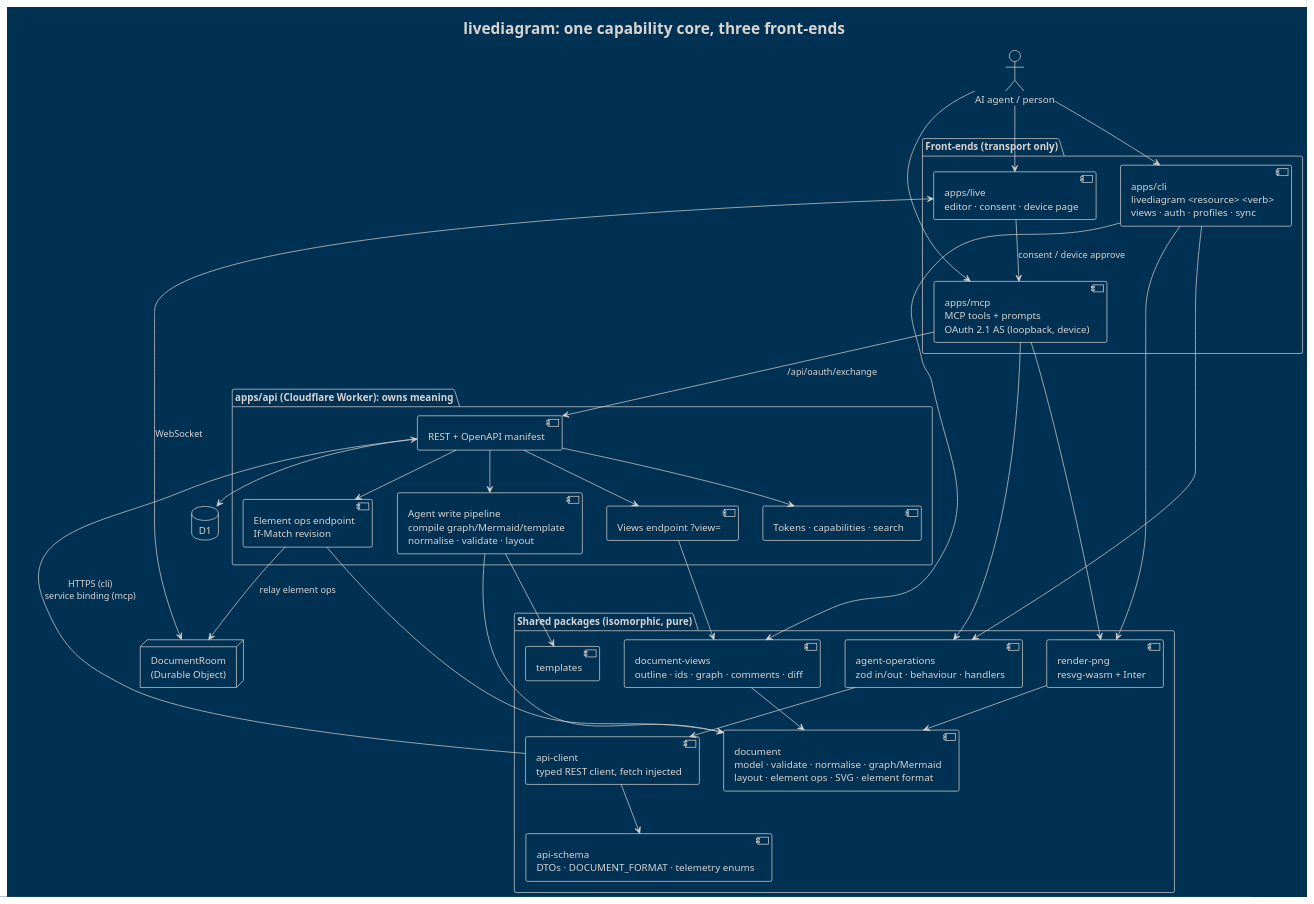
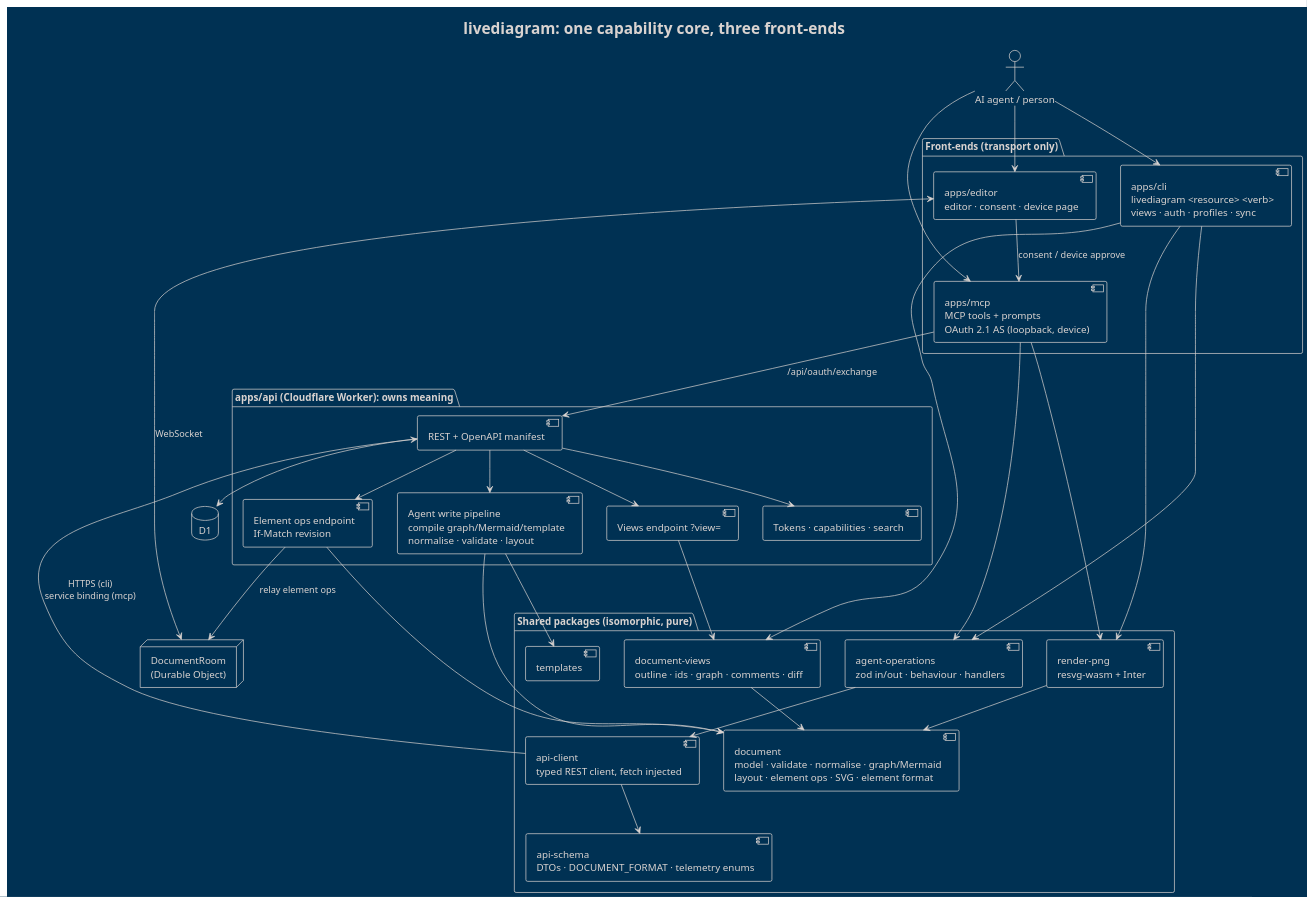
The diagram in livediagram/docs/research/agent-cli/shared-core-architecture.md (livediagram-app/livediagram.app), drawn with PlantUML before and after one commit. The commit also changed other lines of this file and 9071 other files, not shown here.

First line of the commit message:
Rename the live app to editor in livediagram and liveplanner

````diff
--- a/livediagram/docs/research/agent-cli/shared-core-architecture.md
+++ b/livediagram/docs/research/agent-cli/shared-core-architecture.md
@@ -250,65 +250,65 @@
 ```plantuml
 @startuml
 !theme blueprint
 title livediagram: one capability core, three front-ends
 
 actor "AI agent / person" as user
 
 package "Front-ends (transport only)" {
   [apps/cli\nlivediagram <resource> <verb>\nviews · auth · profiles · sync] as cli
   [apps/mcp\nMCP tools + prompts\nOAuth 2.1 AS (loopback, device)] as mcp
-  [apps/live\neditor · consent · device page] as live
+  [apps/editor\neditor · consent · device page] as live
 }
 
 package "Shared packages (isomorphic, pure)" {
   [agent-operations\nzod in/out · behaviour · handlers] as ops
   [api-client\ntyped REST client, fetch injected] as client
   [document-views\noutline · ids · graph · comments · diff] as views
   [render-png\nresvg-wasm + Inter] as png
   [document\nmodel · validate · normalise · graph/Mermaid\nlayout · element ops · SVG · element format] as doc
   [templates] as tpl
   [api-schema\nDTOs · DOCUMENT_FORMAT · telemetry enums] as schema
 }
 
 package "apps/api (Cloudflare Worker): owns meaning" {
   [REST + OpenAPI manifest] as rest
   [Agent write pipeline\ncompile graph/Mermaid/template\nnormalise · validate · layout] as pipeline
   [Element ops endpoint\nIf-Match revision] as opsep
   [Views endpoint ?view=] as viewep
   [Tokens · capabilities · search] as tokens
 }
 
 database "D1" as d1
 node "DocumentRoom\n(Durable Object)" as room
 
 user --> cli
 user --> mcp
 user --> live
 
 cli --> ops
 mcp --> ops
 cli --> views
 cli --> png
 mcp --> png
 ops --> client
 client --> rest : HTTPS (cli)\nservice binding (mcp)
 
 rest --> pipeline
 rest --> opsep
 rest --> viewep
 rest --> tokens
 pipeline --> doc
 pipeline --> tpl
 opsep --> doc
 viewep --> views
 views --> doc
 png --> doc
 client --> schema
 
 opsep --> room : relay element ops
 live <--> room : WebSocket
 rest --> d1
 mcp --> rest : /api/oauth/exchange
 live --> mcp : consent / device approve
 @enduml
 ```
````
